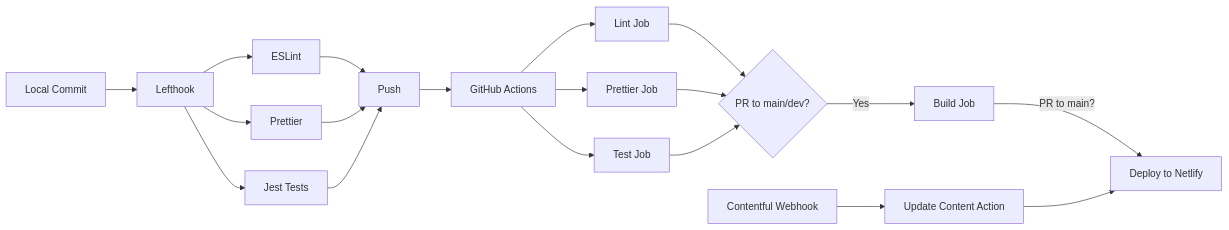
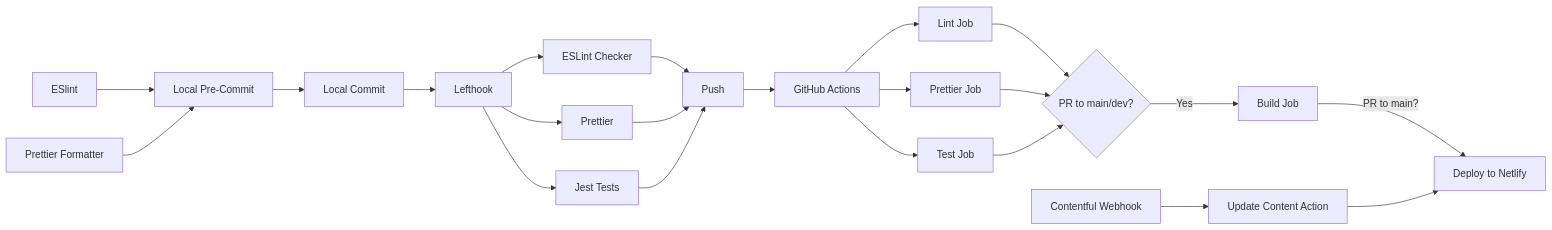
One commit to Dan1m4D/tdw-mp1-daniel-madureira changed the diagram in README.md. Above: the diagram before and after it, drawn with Mermaid. The commit also changed 2 other files, not shown here.

Commit message:
refactor: streamline CI/CD workflows by removing redundant steps and enhancing scheduling

````diff
--- a/README.md
+++ b/README.md
@@ -67,21 +67,24 @@
 ```mermaid
 graph LR
+    M1[ESlint] --> N
+    M2[Prettier Formatter] --> N
+    N[Local Pre-Commit] --> A
     A[Local Commit] --> L[Lefthook]
-    L --> L1[ESLint]
+    L --> L1[ESLint Checker]
     L --> L2[Prettier]
     L --> L3[Jest Tests]
     L1 --> B[Push]
     L2 --> B
     L3 --> B
     B --> C[GitHub Actions]
     C --> D[Lint Job]
     C --> E[Prettier Job]
     C --> F[Test Job]
     D --> G{PR to main/dev?}
     E --> G
     F --> G
     G -->|Yes| H[Build Job]
     H -->|PR to main?| I[Deploy to Netlify]
     J[Contentful Webhook] --> K[Update Content Action]
     K --> I
 ```
````
